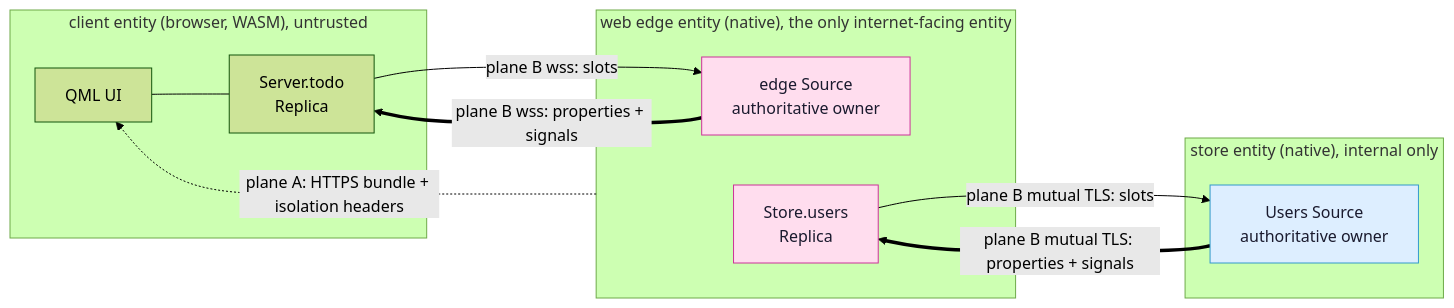
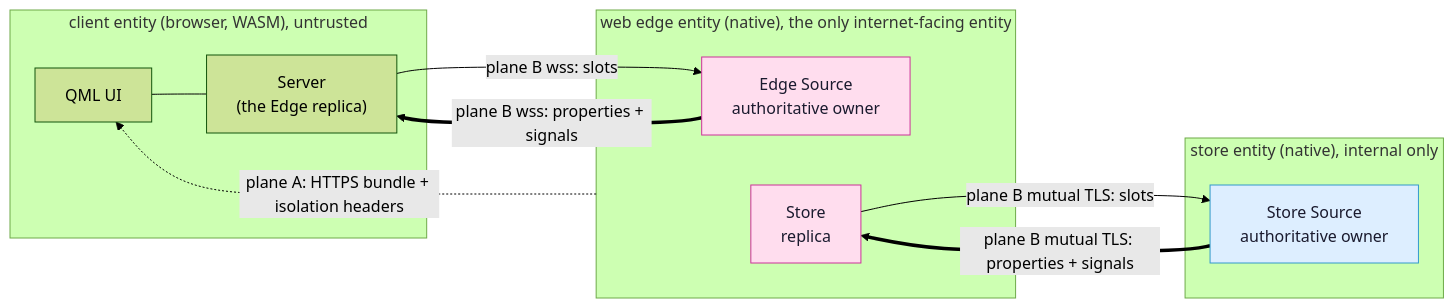
Before and after one commit to Kidev/SynQt: the first of 2 diagrams in docs/architecture.md, drawn with Mermaid (forest theme). The commit also changed other lines of this file and 3 other files, not shown here.

````diff
--- a/docs/architecture.md
+++ b/docs/architecture.md
@@ -126,28 +130,28 @@
 ```mermaid
 flowchart LR
   subgraph browser["client entity (browser, WASM), untrusted"]
     ui["QML UI"]
-    rtodo["Server.todo<br/>Replica"]
+    rtodo["Server<br/>(the Edge replica)"]
     ui --- rtodo
   end
 
   subgraph edge["web edge entity (native), the only internet-facing entity"]
-    stodo["<span style='color:#1a1a2e'>edge Source<br/>authoritative owner</span>"]
-    rusers["<span style='color:#1a1a2e'>Store.users<br/>Replica</span>"]
+    stodo["<span style='color:#1a1a2e'>Edge Source<br/>authoritative owner</span>"]
+    rusers["<span style='color:#1a1a2e'>Store<br/>replica</span>"]
   end
 
   subgraph db["store entity (native), internal only"]
-    susers["<span style='color:#1a1a2e'>Users Source<br/>authoritative owner</span>"]
+    susers["<span style='color:#1a1a2e'>Store Source<br/>authoritative owner</span>"]
   end
 
   edge -.->|"plane A: HTTPS bundle + isolation headers"| ui
 
   stodo ==>|"plane B wss: properties + signals"| rtodo
   rtodo -->|"plane B wss: slots"| stodo
   susers ==>|"plane B mutual TLS: properties + signals"| rusers
   rusers -->|"plane B mutual TLS: slots"| susers
 
   style stodo fill:#fde,stroke:#c39,color:#1a1a2e
   style rusers fill:#fde,stroke:#c39,color:#1a1a2e
   style susers fill:#def,stroke:#39c,color:#1a1a2e
 ```
````
